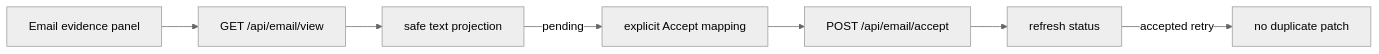
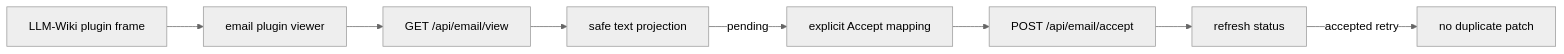
The diagram in frontend/README.md (humblemat810/kogwistar-llm-wiki), drawn with Mermaid (neutral theme) before and after one commit. The commit also changed other lines of this file and 21 other files, not shown here.

Commit message:
refactor: host email viewer through plugin boundary

````diff
--- a/frontend/README.md
+++ b/frontend/README.md
@@ -38,9 +40,10 @@
 ```mermaid
 flowchart LR
-    FORM["Email evidence panel"] --> VIEW["GET /api/email/view"]
+    HOST["LLM-Wiki plugin frame"] --> PLUGIN["email plugin viewer"]
+    PLUGIN --> VIEW["GET /api/email/view"]
     VIEW --> TEXT["safe text projection"]
     TEXT -->|pending| ACCEPT["explicit Accept mapping"]
     ACCEPT --> POST["POST /api/email/accept"]
     POST --> REFRESH["refresh status"]
     REFRESH -->|accepted retry| IDEMP["no duplicate patch"]
 ```
````
